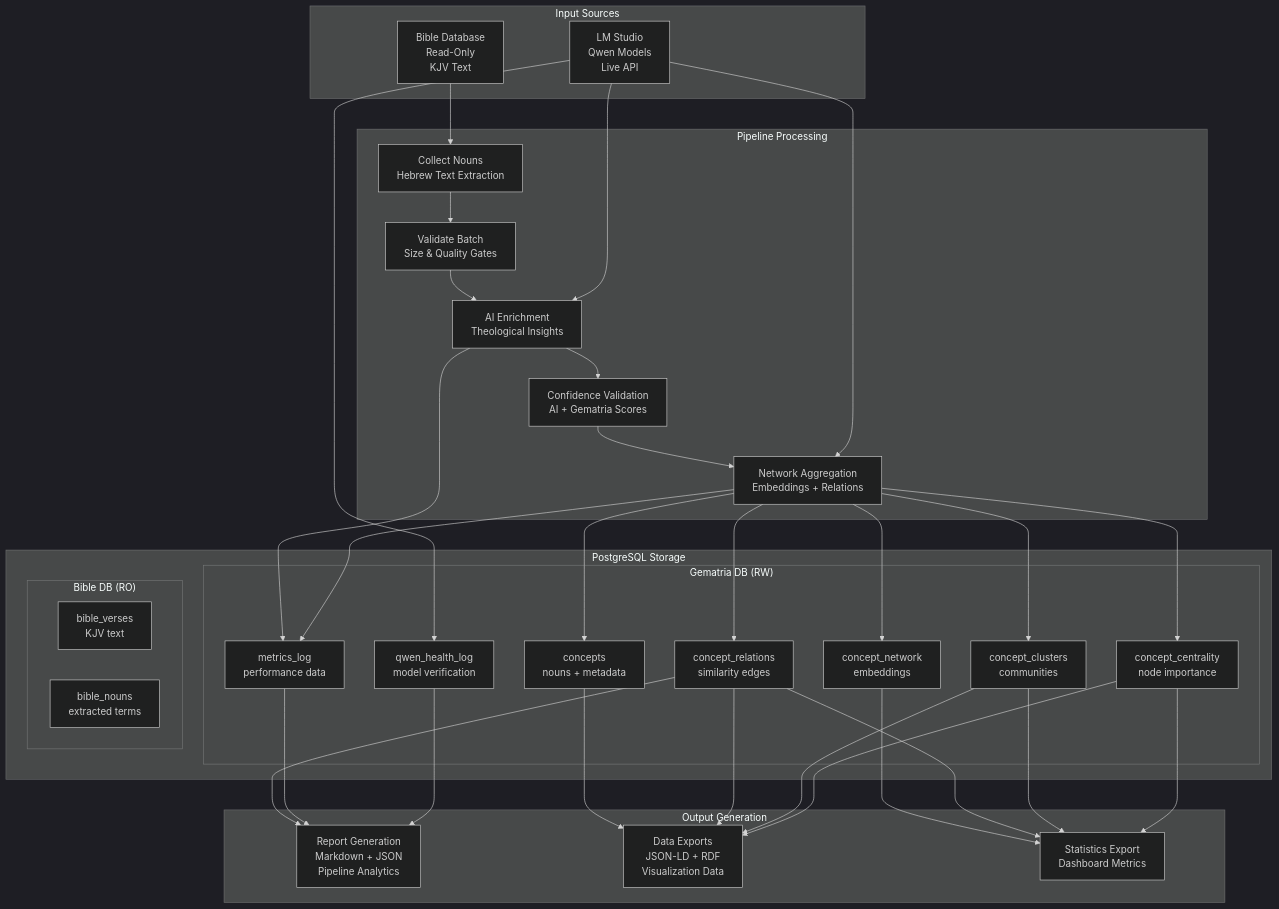
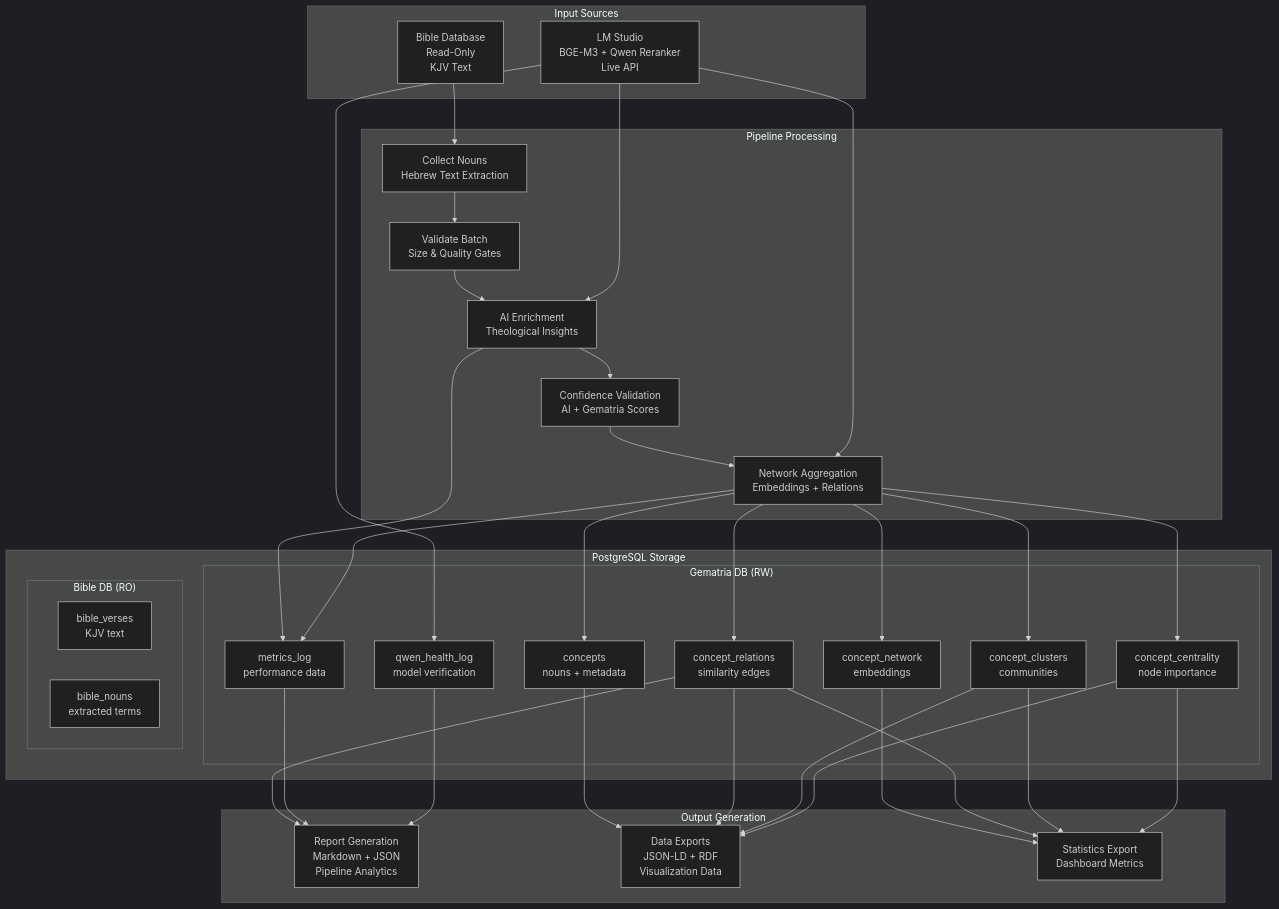
Before and after one commit to iog-creator/Gemantria: the first of 11 diagrams in docs/SSOT/data_flow.md, drawn with Mermaid (dark theme). The commit also changed other lines of this file and 215 other files, not shown here.

````diff
--- a/docs/SSOT/data_flow.md
+++ b/docs/SSOT/data_flow.md
@@ -15,75 +15,75 @@
 ```mermaid
 graph TB
     %% Input Sources
     subgraph "Input Sources"
         BIBLE[Bible Database<br/>Read-Only<br/>KJV Text]
-        LMSTUDIO[LM Studio<br/>Qwen Models<br/>Live API]
+        LMSTUDIO[LM Studio<br/>BGE-M3 + Qwen Reranker<br/>Live API]
     end
 
     %% Pipeline Stages
     subgraph "Pipeline Processing"
         COLLECT[Collect Nouns<br/>Hebrew Text Extraction]
         VALIDATE[Validate Batch<br/>Size & Quality Gates]
         ENRICH[AI Enrichment<br/>Theological Insights]
         CONFIDENCE[Confidence Validation<br/>AI + Gematria Scores]
         NETWORK[Network Aggregation<br/>Embeddings + Relations]
     end
 
     %% Storage Layer
     subgraph "PostgreSQL Storage"
         subgraph "Gematria DB (RW)"
             CONCEPTS[concepts<br/>nouns + metadata]
             NETWORK_TBL[concept_network<br/>embeddings]
             RELATIONS[concept_relations<br/>similarity edges]
             CLUSTERS[concept_clusters<br/>communities]
             CENTRALITY[concept_centrality<br/>node importance]
             METRICS[metrics_log<br/>performance data]
             QWEN_LOG[qwen_health_log<br/>model verification]
         end
 
         subgraph "Bible DB (RO)"
             VERSES[bible_verses<br/>KJV text]
             NOUNS[bible_nouns<br/>extracted terms]
         end
     end
 
     %% Output Generation
     subgraph "Output Generation"
         REPORTS[Report Generation<br/>Markdown + JSON<br/>Pipeline Analytics]
         EXPORTS[Data Exports<br/>JSON-LD + RDF<br/>Visualization Data]
         STATS[Statistics Export<br/>Dashboard Metrics]
     end
 
     %% Data Flow Connections
     BIBLE --> COLLECT
     COLLECT --> VALIDATE
     VALIDATE --> ENRICH
     LMSTUDIO --> ENRICH
     ENRICH --> CONFIDENCE
     CONFIDENCE --> NETWORK
     LMSTUDIO --> NETWORK
 
     NETWORK --> CONCEPTS
     NETWORK --> NETWORK_TBL
     NETWORK --> RELATIONS
     NETWORK --> CLUSTERS
     NETWORK --> CENTRALITY
 
     ENRICH --> METRICS
     NETWORK --> METRICS
     LMSTUDIO --> QWEN_LOG
 
     RELATIONS --> REPORTS
     METRICS --> REPORTS
     QWEN_LOG --> REPORTS
 
     CONCEPTS --> EXPORTS
     RELATIONS --> EXPORTS
     CLUSTERS --> EXPORTS
     CENTRALITY --> EXPORTS
 
     NETWORK_TBL --> STATS
     RELATIONS --> STATS
     CLUSTERS --> STATS
     CENTRALITY --> STATS
 ```
````
